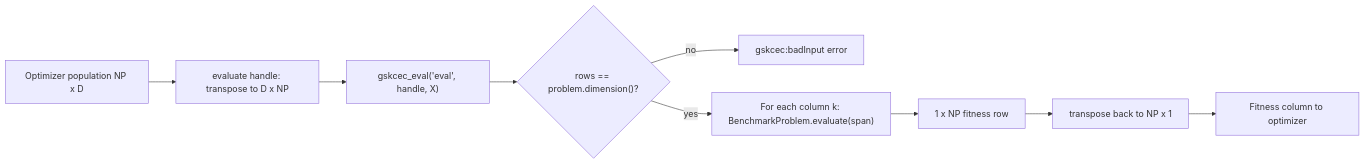
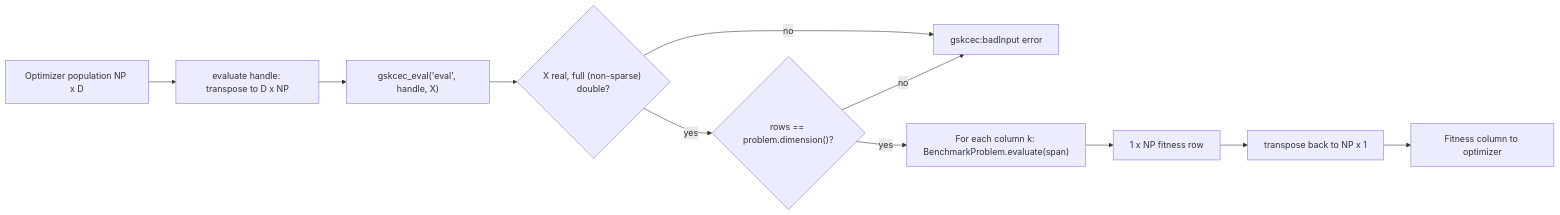
One commit to MostafaMassoud/GSK_Family_MATLAB changed the third of 13 diagrams in gsk_family/docs/reference/diagrams.md. Above: the diagram before and after it, drawn with Mermaid. The commit also changed other lines of this file and 149 other files, not shown here.

````diff
--- a/gsk_family/docs/reference/diagrams.md
+++ b/gsk_family/docs/reference/diagrams.md
@@ -60,11 +64,13 @@
 ```mermaid
 flowchart LR
   pop["Optimizer population NP x D"] --> tin["evaluate handle: transpose to D x NP"]
   tin --> mex["gskcec_eval('eval', handle, X)"]
-  mex --> chk{"rows == problem.dimension()?"}
-  chk -- "no" --> err["gskcec:badInput error"]
+  mex --> xchk{"X real, full (non-sparse) double?"}
+  xchk -- "no" --> err["gskcec:badInput error"]
+  xchk -- "yes" --> chk{"rows == problem.dimension()?"}
+  chk -- "no" --> err
   chk -- "yes" --> loop["For each column k: BenchmarkProblem.evaluate(span)"]
   loop --> row["1 x NP fitness row"]
   row --> tout["transpose back to NP x 1"]
   tout --> fit["Fitness column to optimizer"]
 ```
````
